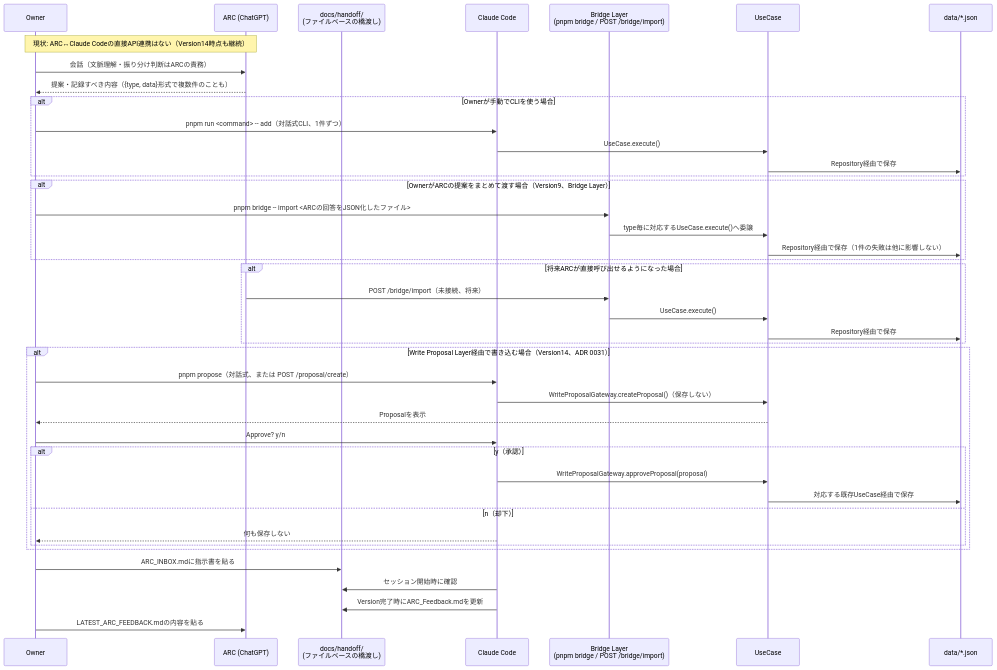
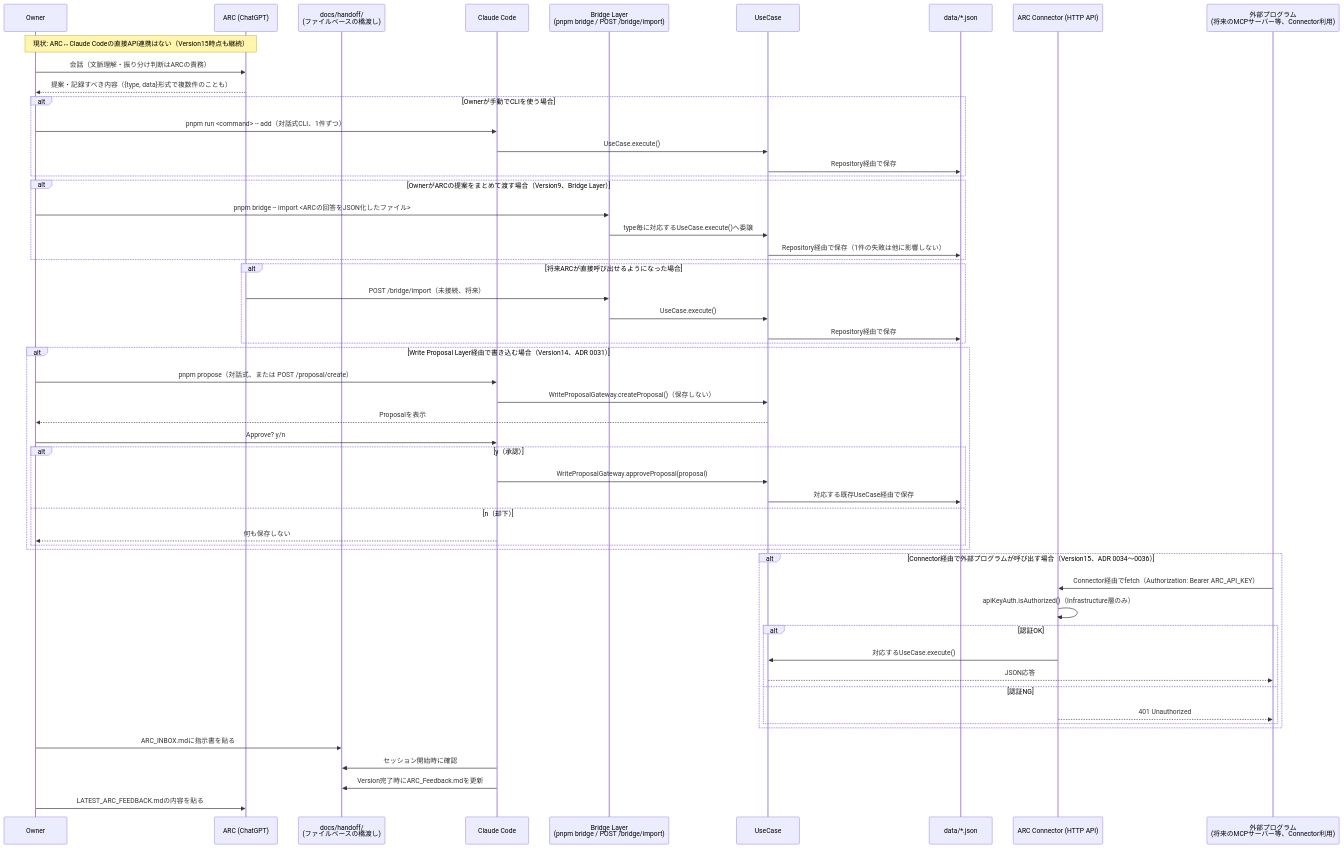
Before and after one commit to okano171013-ai/project-arc: the second of 3 diagrams in docs/architecture-diagram.md, drawn with Mermaid. The commit also changed other lines of this file and 22 other files, not shown here.

First line of the commit message:
Version15: Connector Deployment

````diff
--- a/docs/architecture-diagram.md
+++ b/docs/architecture-diagram.md
@@ -112,51 +117,64 @@
 ```mermaid
 sequenceDiagram
     participant Owner
     participant ARC as ARC (ChatGPT)
     participant Handoff as docs/handoff/<br/>(ファイルベースの橋渡し)
     participant CC as Claude Code
     participant Bridge as Bridge Layer<br/>(pnpm bridge / POST /bridge/import)
     participant UC as UseCase
     participant Data as data/*.json
+    participant HTTP as ARC Connector (HTTP API)
+    participant Ext as 外部プログラム<br/>(将来のMCPサーバー等、Connector利用)
 
-    Note over Owner,ARC: 現状: ARC↔Claude Codeの直接API連携はない（Version14時点も継続）
+    Note over Owner,ARC: 現状: ARC↔Claude Codeの直接API連携はない（Version15時点も継続）
 
     Owner->>ARC: 会話（文脈理解・振り分け判断はARCの責務）
     ARC-->>Owner: 提案・記録すべき内容（{type, data}形式で複数件のことも）
 
     alt Ownerが手動でCLIを使う場合
         Owner->>CC: pnpm run <command> -- add（対話式CLI、1件ずつ）
         CC->>UC: UseCase.execute()
         UC->>Data: Repository経由で保存
     end
 
     alt OwnerがARCの提案をまとめて渡す場合（Version9、Bridge Layer）
         Owner->>Bridge: pnpm bridge -- import <ARCの回答をJSON化したファイル>
         Bridge->>UC: type毎に対応するUseCase.execute()へ委譲
         UC->>Data: Repository経由で保存（1件の失敗は他に影響しない）
     end
 
     alt 将来ARCが直接呼び出せるようになった場合
         ARC->>Bridge: POST /bridge/import（未接続、将来）
         Bridge->>UC: UseCase.execute()
         UC->>Data: Repository経由で保存
     end
 
     alt Write Proposal Layer経由で書き込む場合（Version14、ADR 0031）
         Owner->>CC: pnpm propose（対話式、または POST /proposal/create）
         CC->>UC: WriteProposalGateway.createProposal()（保存しない）
         UC-->>Owner: Proposalを表示
         Owner->>CC: Approve? y/n
         alt y（承認）
             CC->>UC: WriteProposalGateway.approveProposal(proposal)
             UC->>Data: 対応する既存UseCase経由で保存
         else n（却下）
             CC-->>Owner: 何も保存しない
         end
     end
 
+    alt Connector経由で外部プログラムが呼び出す場合（Version15、ADR 0034〜0036）
+        Ext->>HTTP: Connector経由でfetch（Authorization: Bearer ARC_API_KEY）
+        HTTP->>HTTP: apiKeyAuth.isAuthorized()（Infrastructure層のみ）
+        alt 認証OK
+            HTTP->>UC: 対応するUseCase.execute()
+            UC-->>Ext: JSON応答
+        else 認証NG
+            HTTP-->>Ext: 401 Unauthorized
+        end
+    end
+
     Owner->>Handoff: ARC_INBOX.mdに指示書を貼る
     CC->>Handoff: セッション開始時に確認
     CC->>Handoff: Version完了時にARC_Feedback.mdを更新
     Owner->>ARC: LATEST_ARC_FEEDBACK.mdの内容を貼る
 ```
````
